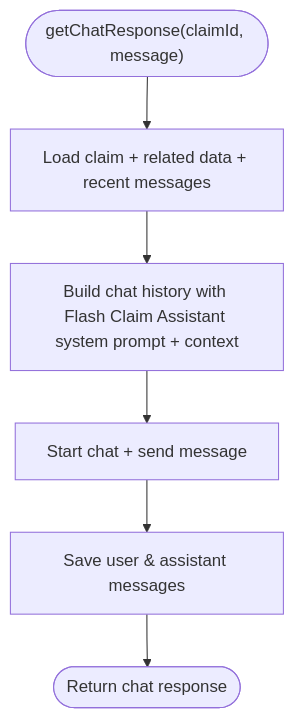
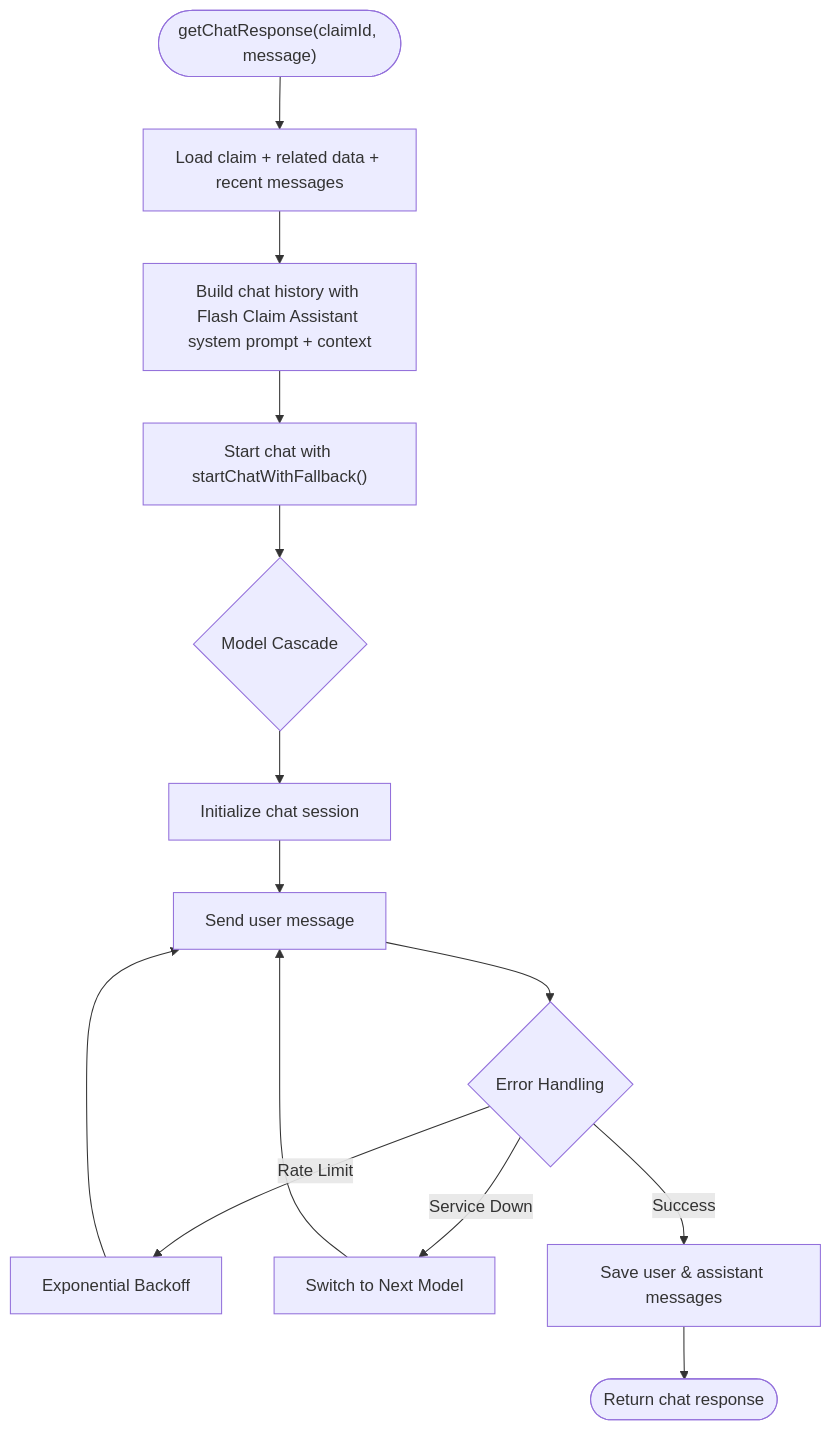
The eighth of 9 diagrams in .qoder/repowiki/en/content/AI Services Integration/AI Services Integration.md (NaveenHiranya/Smart-Vehicle-Insurance-Claim-System), drawn with Mermaid before and after one commit. The commit also changed other lines of this file and 41 other files, not shown here.

````diff
--- a/.qoder/repowiki/en/content/AI Services Integration/AI Services Integration.md
+++ b/.qoder/repowiki/en/content/AI Services Integration/AI Services Integration.md
@@ -273,8 +285,16 @@
 ```mermaid
 flowchart TD
 Start(["getChatResponse(claimId, message)"]) --> LoadCtx["Load claim + related data + recent messages"]
 LoadCtx --> BuildHistory["Build chat history with Flash Claim Assistant system prompt + context"]
-BuildHistory --> Chat["Start chat + send message"]
-Chat --> SaveMsgs["Save user & assistant messages"]
+BuildHistory --> StartChat["Start chat with startChatWithFallback()"]
+StartChat --> Cascade{"Model Cascade"}
+Cascade --> InitChat["Initialize chat session"]
+InitChat --> SendMsg["Send user message"]
+SendMsg --> RetryLogic{"Error Handling"}
+RetryLogic --> |Rate Limit| Backoff["Exponential Backoff"]
+RetryLogic --> |Service Down| SwitchModel["Switch to Next Model"]
+RetryLogic --> |Success| SaveMsgs["Save user & assistant messages"]
+Backoff --> SendMsg
+SwitchModel --> SendMsg
 SaveMsgs --> End(["Return chat response"])
 ```
````
